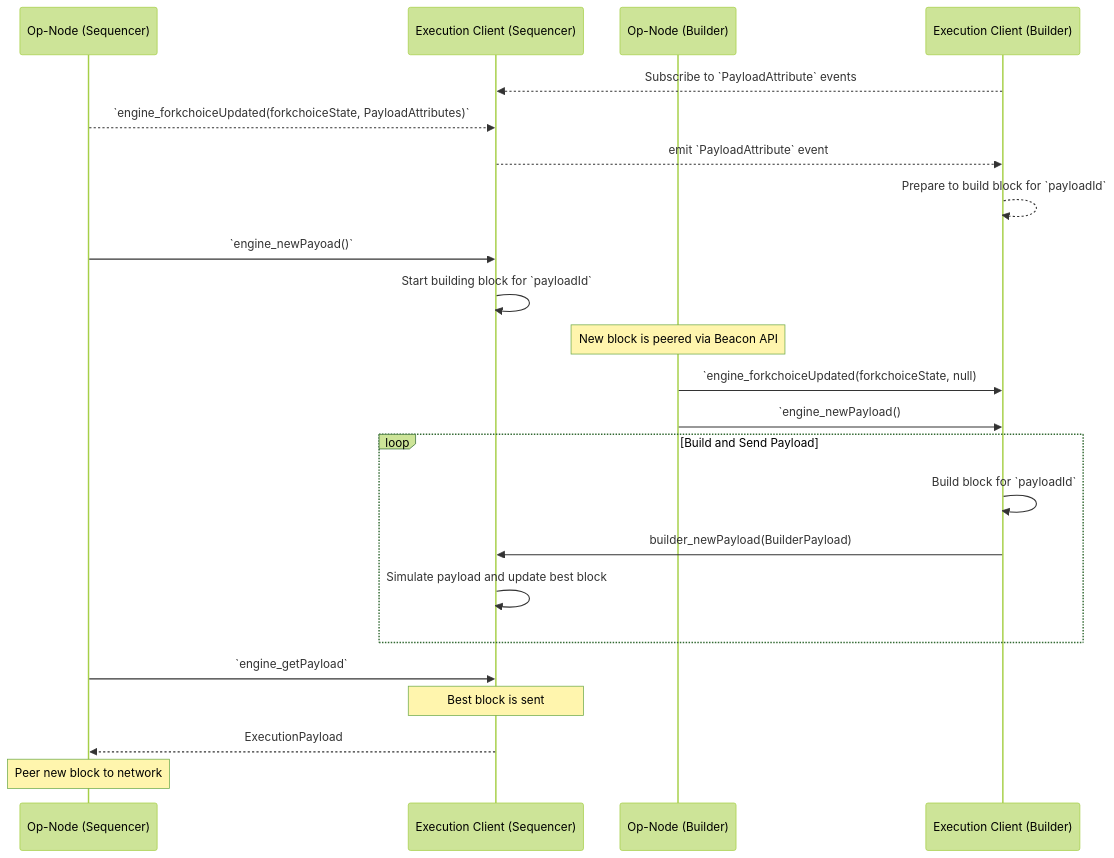
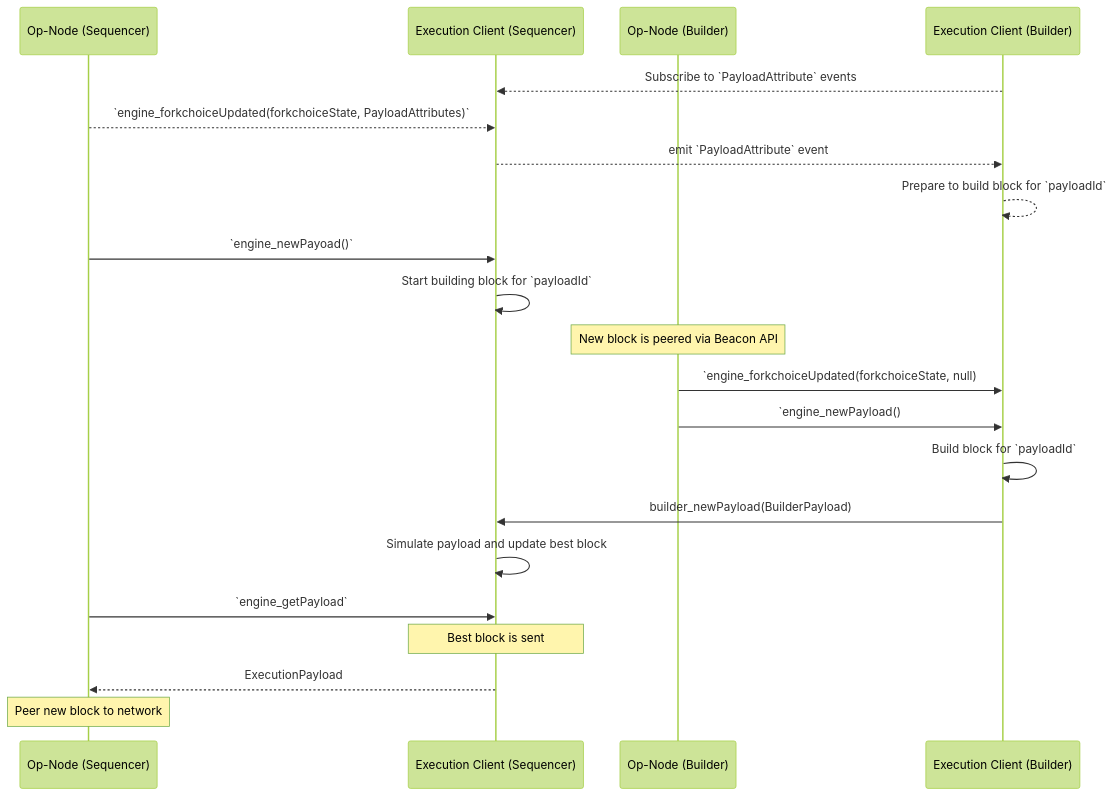
One commit to 0xKitsune/specs changed the diagram in specs/experimental/builder.md. Above: the diagram before and after it, drawn with Mermaid (forest theme).

Commit message:
remove loop

````diff
--- a/specs/experimental/builder.md
+++ b/specs/experimental/builder.md
@@ -38,34 +38,32 @@
 ```mermaid
 sequenceDiagram
     participant CLS as Op-Node (Sequencer)
     participant ELS as Execution Client (Sequencer)
     participant CLB as Op-Node (Builder)
     participant ELB as Execution Client (Builder)
 
     %% Pick subscription endpoint %%
     ELB-->>ELS: Subscribe to `PayloadAttribute` events
 
     %% Update to event emission %%
     CLS-->>ELS: `engine_forkchoiceUpdated(forkchoiceState, PayloadAttributes)`
     ELS-->>ELB: emit `PayloadAttribute` event
     ELB-->>ELB: Prepare to build block for `payloadId`
     CLS->>ELS: `engine_newPayoad()`
     ELS->>ELS: Start building block for `payloadId`
 
     Note over CLB: New block is peered via Beacon API
     CLB->>ELB: `engine_forkchoiceUpdated(forkchoiceState, null)
     CLB->>ELB: `engine_newPayload()
 
-    loop Build and Send Payload
-        ELB->>ELB: Build block for `payloadId`
-        ELB->>ELS: builder_newPayload(BuilderPayload)
-        ELS->>ELS: Simulate payload and update best block
-    end
-    
+    ELB->>ELB: Build block for `payloadId`
+    ELB->>ELS: builder_newPayload(BuilderPayload)
+    ELS->>ELS: Simulate payload and update best block
+
     CLS->>ELS: `engine_getPayload`
     
     Note over ELS: Best block is sent
     ELS-->>CLS: ExecutionPayload
 
     Note over CLS: Peer new block to network
 ```
````
